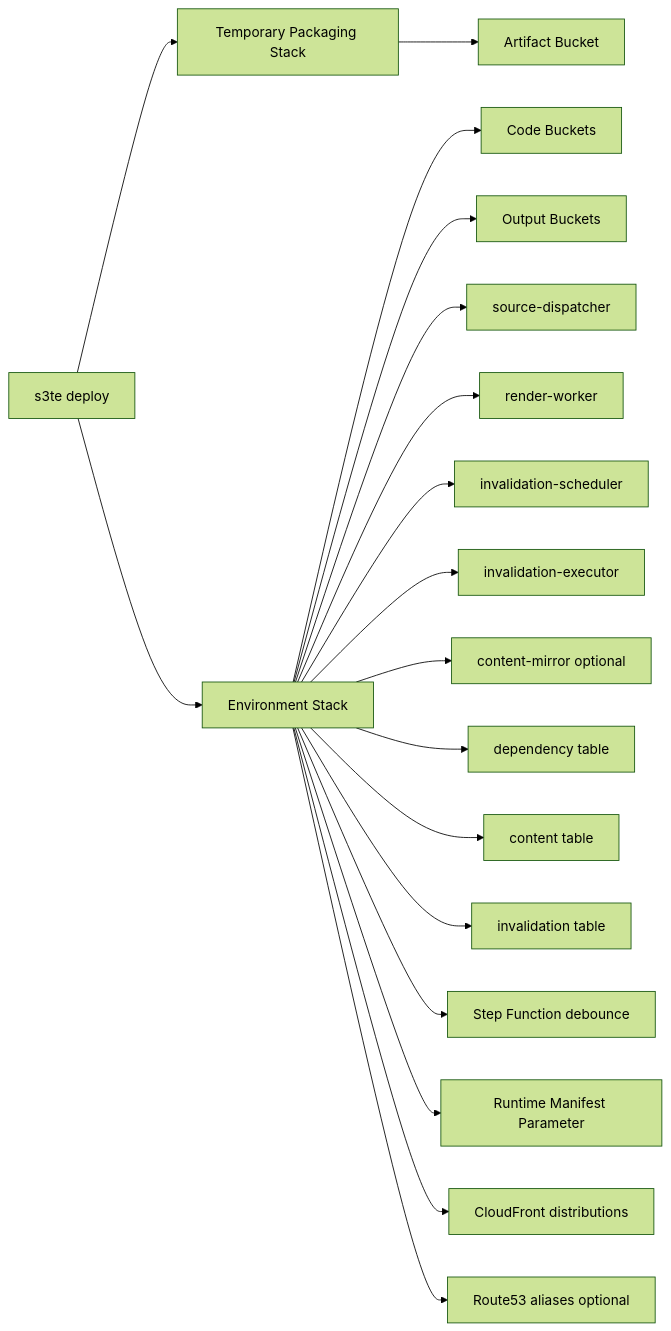
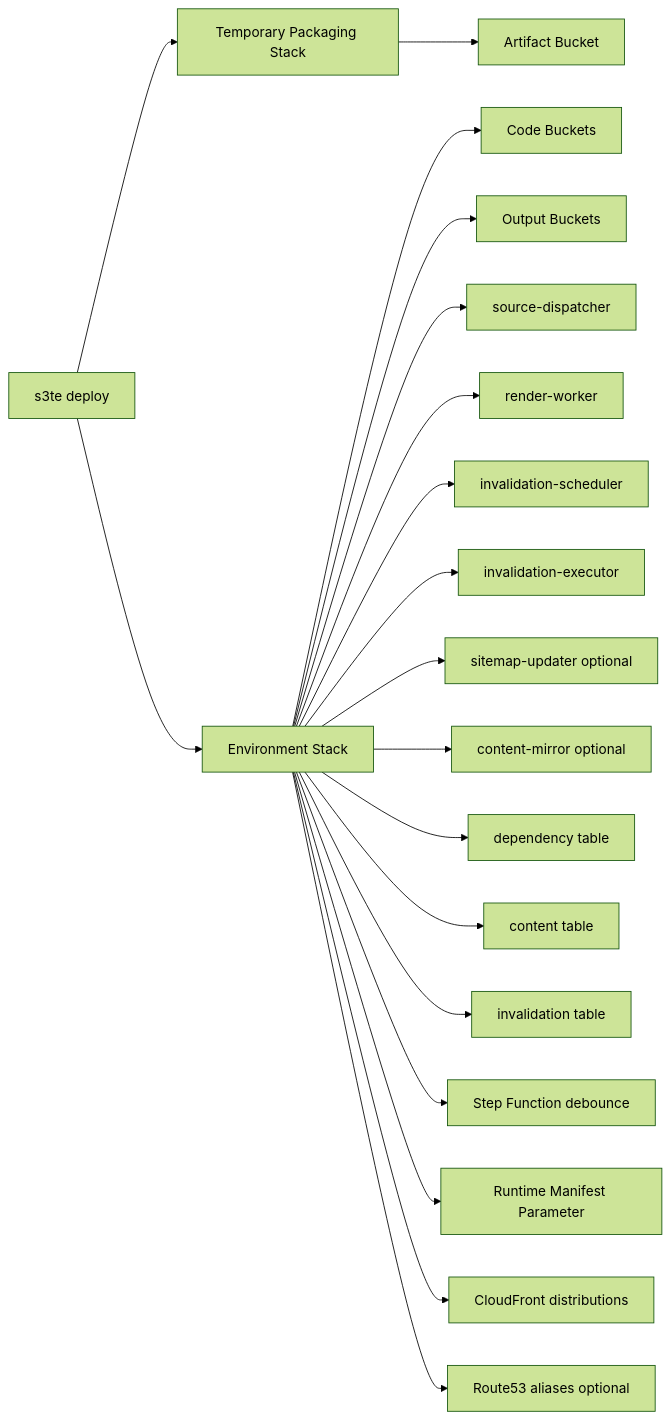
Before and after one commit to ProjectDocHelp/S3TemplateEngine: the first of 3 diagrams in docs/aws-runtime.md, drawn with Mermaid (forest theme). The commit also changed other lines of this file and 29 other files, not shown here.

````diff
--- a/docs/aws-runtime.md
+++ b/docs/aws-runtime.md
@@ -38,20 +38,21 @@
 ```mermaid
 flowchart LR
   CLI[s3te deploy] --> TCF[Temporary Packaging Stack]
   CLI --> ECF[Environment Stack]
   TCF --> AB[Artifact Bucket]
   ECF --> CB[Code Buckets]
   ECF --> OB[Output Buckets]
   ECF --> L1[source-dispatcher]
   ECF --> L2[render-worker]
   ECF --> L3[invalidation-scheduler]
   ECF --> L4[invalidation-executor]
-  ECF --> L5[content-mirror optional]
+  ECF --> L5[sitemap-updater optional]
+  ECF --> L6[content-mirror optional]
   ECF --> D1[dependency table]
   ECF --> D2[content table]
   ECF --> D3[invalidation table]
   ECF --> SFN[Step Function debounce]
   ECF --> SSM[Runtime Manifest Parameter]
   ECF --> CDN[CloudFront distributions]
   ECF --> DNS[Route53 aliases optional]
 ```
````
